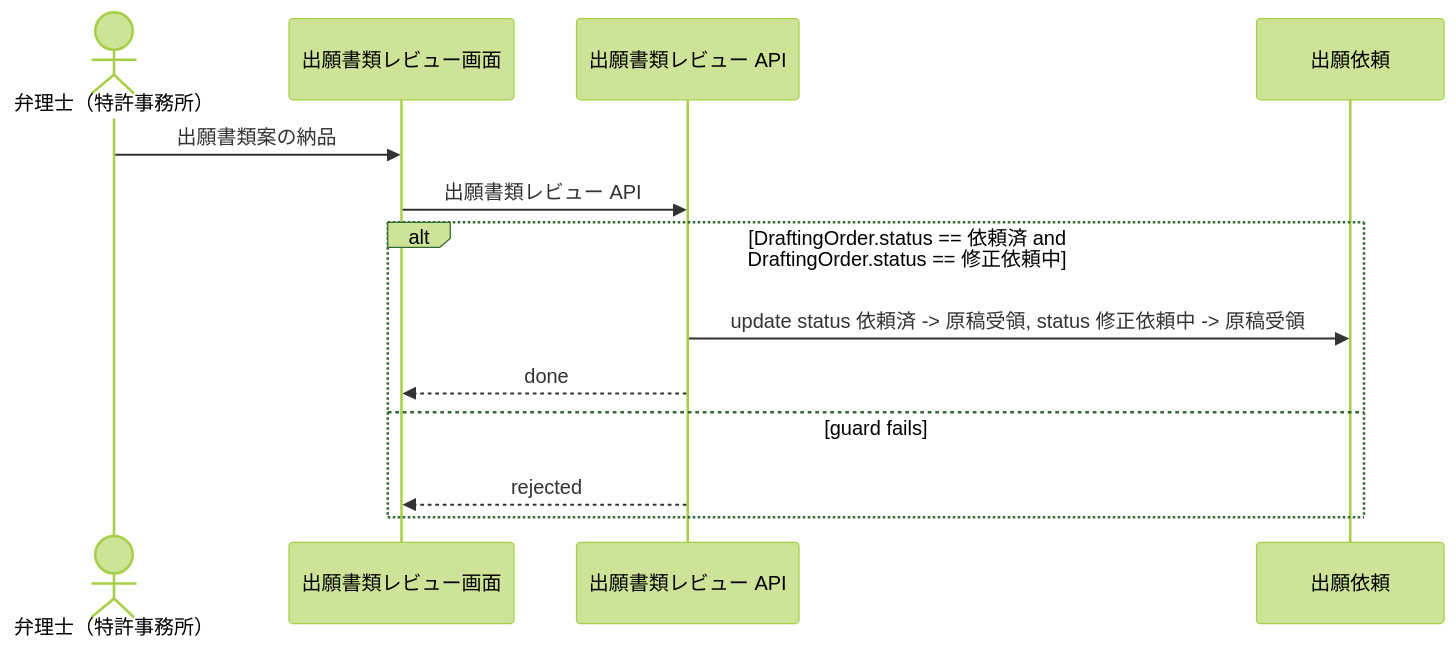
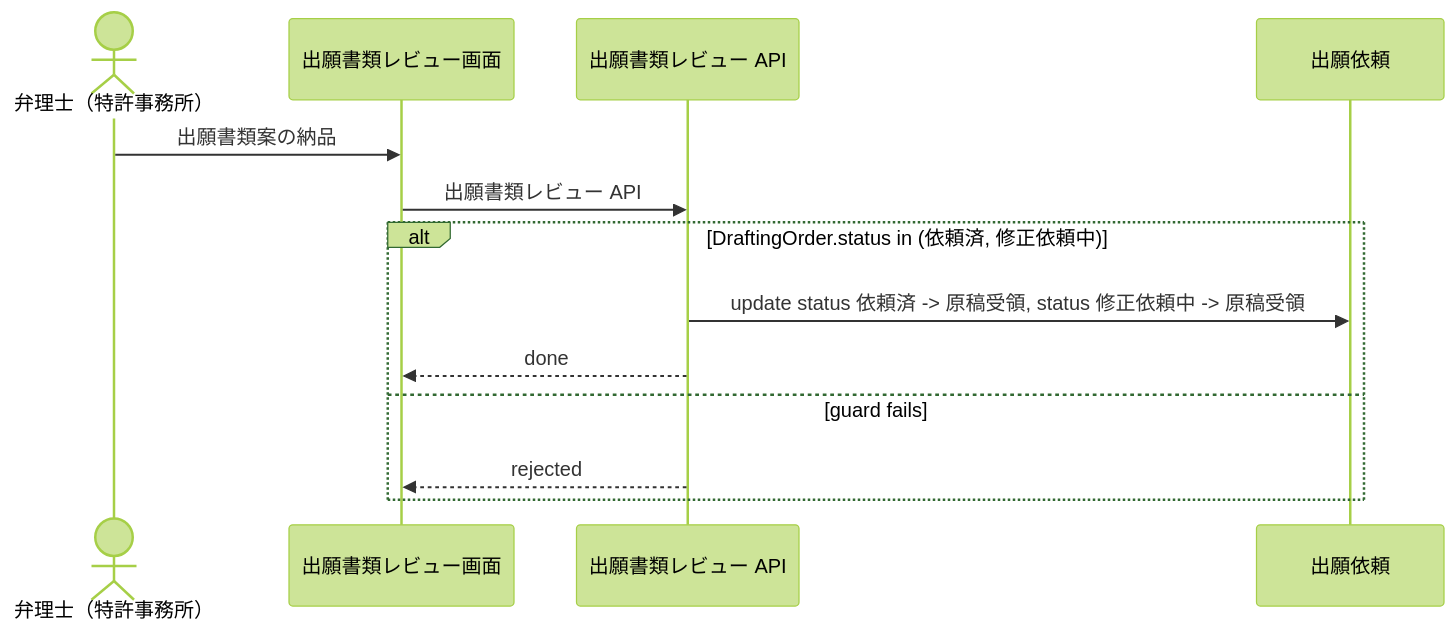
One commit to manji-0/rdra-ish-dsl changed the diagram in samples/patent-ops/out/uc/sequence_SubmitDraft.mmd. Above: the diagram before and after it, drawn with Mermaid (forest theme). The commit also changed 27 other files, not shown here.

```diff
--- a/samples/patent-ops/out/uc/sequence_SubmitDraft.mmd
+++ b/samples/patent-ops/out/uc/sequence_SubmitDraft.mmd
@@ -1,16 +1,16 @@
 %% rdra-ish diagram=sequence scope=usecase:SubmitDraft model=samples/patent-ops
 %% kinds: actor screen api entity
 %% omitted: buc step medium permission
 sequenceDiagram
   actor actor__PatentAttorney as 弁理士（特許事務所）
   participant screen__DraftReviewScreen as 出願書類レビュー画面
   participant api__DraftReviewApi as 出願書類レビュー API
   participant entity__DraftingOrder as 出願依頼
   actor__PatentAttorney ->> screen__DraftReviewScreen: 出願書類案の納品
   screen__DraftReviewScreen ->> api__DraftReviewApi: 出願書類レビュー API
-  alt DraftingOrder.status == 依頼済 and DraftingOrder.status == 修正依頼中
+  alt DraftingOrder.status in (依頼済, 修正依頼中)
     api__DraftReviewApi ->> entity__DraftingOrder: update status 依頼済 -> 原稿受領, status 修正依頼中 -> 原稿受領
     api__DraftReviewApi -->> screen__DraftReviewScreen: done
   else guard fails
     api__DraftReviewApi -->> screen__DraftReviewScreen: rejected
   end
```
